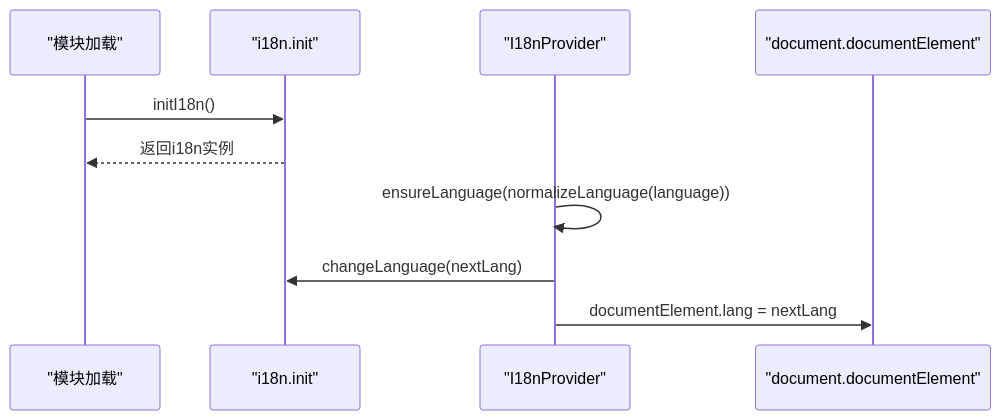
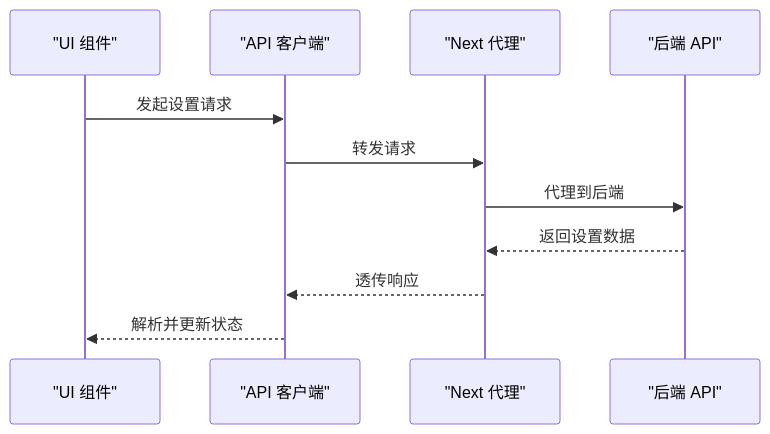
One commit to gongzili456/DeepTutor changed the seventh of 9 diagrams in .qoder/repowiki/zh/content/前端架构/前端架构.md. Above: the diagram before and after it, drawn with Mermaid. The commit also changed other lines of this file and 1242 other files, not shown here.

````diff
--- a/.qoder/repowiki/zh/content/前端架构/前端架构.md
+++ b/.qoder/repowiki/zh/content/前端架构/前端架构.md
@@ -492,12 +263,13 @@
 ```mermaid
 sequenceDiagram
-participant Module as "模块加载"
-participant I18n as "i18n.init"
-participant Provider as "I18nProvider"
-participant DOM as "document.documentElement"
-Module->>I18n : initI18n()
-I18n-->>Module : 返回i18n实例
-Provider->>Provider : ensureLanguage(normalizeLanguage(language))
-Provider->>I18n : changeLanguage(nextLang)
-Provider->>DOM : documentElement.lang = nextLang
+participant UI as "UI 组件"
+participant API as "API 客户端"
+participant Next as "Next 代理"
+participant BE as "后端 API"
+UI->>API : 发起设置请求
+API->>Next : 转发请求
+Next->>BE : 代理到后端
+BE-->>Next : 返回设置数据
+Next-->>API : 透传响应
+API-->>UI : 解析并更新状态
 ```
````
